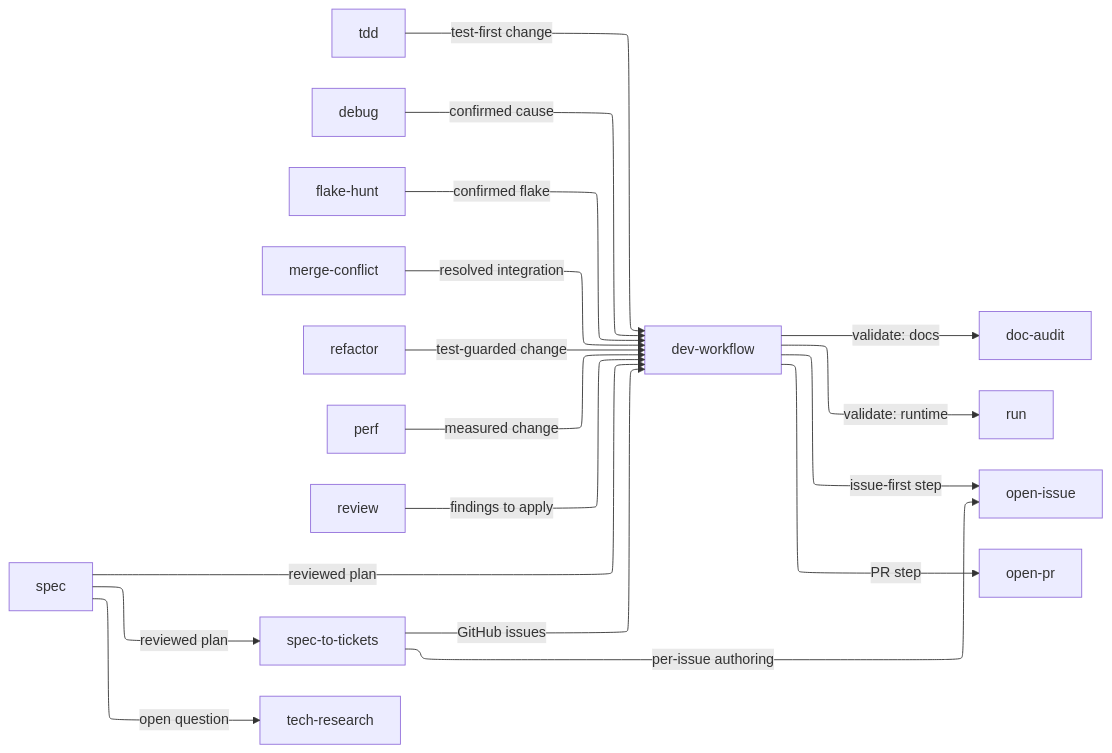
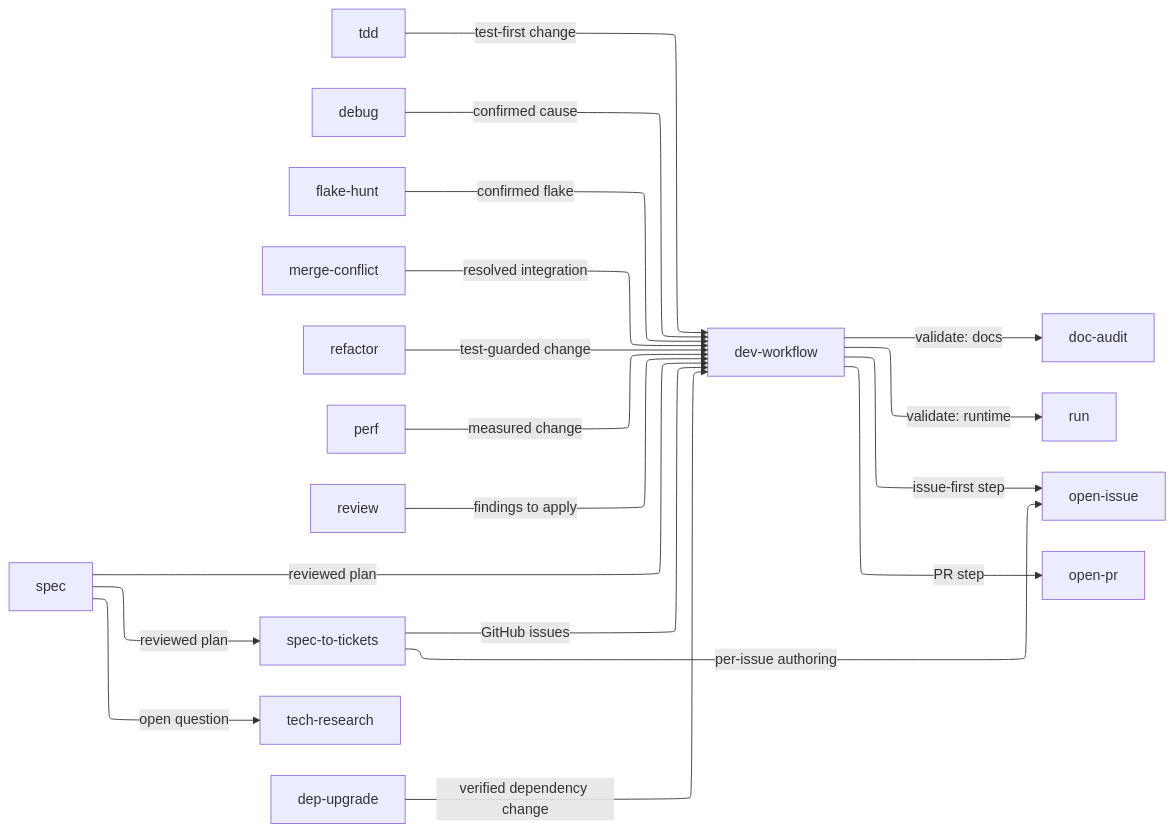
Before and after one commit to greerviau/skills: the diagram in docs/engineering-skill-composition.md, drawn with Mermaid. The commit also changed other lines of this file and 5 other files, not shown here.

Commit message:
feat(dep-upgrade): add uv dependency upgrade skill

````diff
--- a/docs/engineering-skill-composition.md
+++ b/docs/engineering-skill-composition.md
@@ -8,37 +8,39 @@
 ```mermaid
 %%{init: {'flowchart': {'defaultRenderer': 'elk'}}}%%
 flowchart LR
     spec[spec]
     tdd[tdd]
     debug[debug]
     flakehunt[flake-hunt]
     mergeconflict[merge-conflict]
     refactor[refactor]
     perf[perf]
     review[review]
     s2t[spec-to-tickets]
     techresearch[tech-research]
+    depupgrade[dep-upgrade]
     devworkflow[dev-workflow]
     docaudit[doc-audit]
     run[run]
     openissue[open-issue]
     openpr[open-pr]
 
     spec -->|reviewed plan| s2t
     spec -->|reviewed plan| devworkflow
     spec -->|open question| techresearch
     s2t -->|GitHub issues| devworkflow
     s2t -->|per-issue authoring| openissue
     tdd -->|test-first change| devworkflow
     debug -->|confirmed cause| devworkflow
     flakehunt -->|confirmed flake| devworkflow
     mergeconflict -->|resolved integration| devworkflow
     refactor -->|test-guarded change| devworkflow
     perf -->|measured change| devworkflow
+    depupgrade -->|verified dependency change| devworkflow
     review -->|findings to apply| devworkflow
 
     devworkflow -->|issue-first step| openissue
     devworkflow -->|validate: docs| docaudit
     devworkflow -->|validate: runtime| run
     devworkflow -->|PR step| openpr
 ```
````
